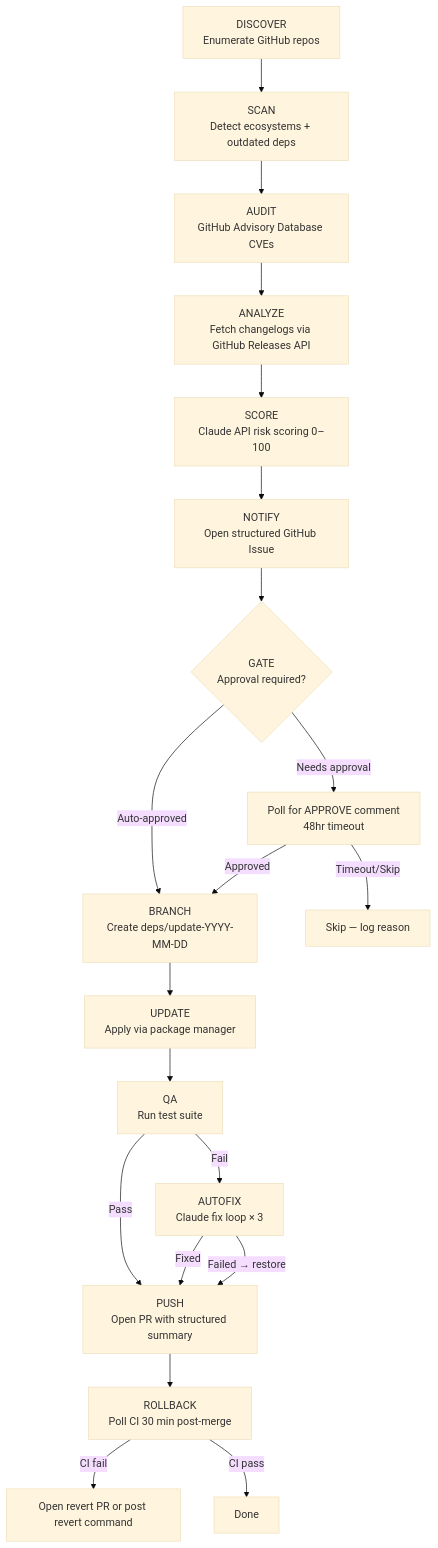
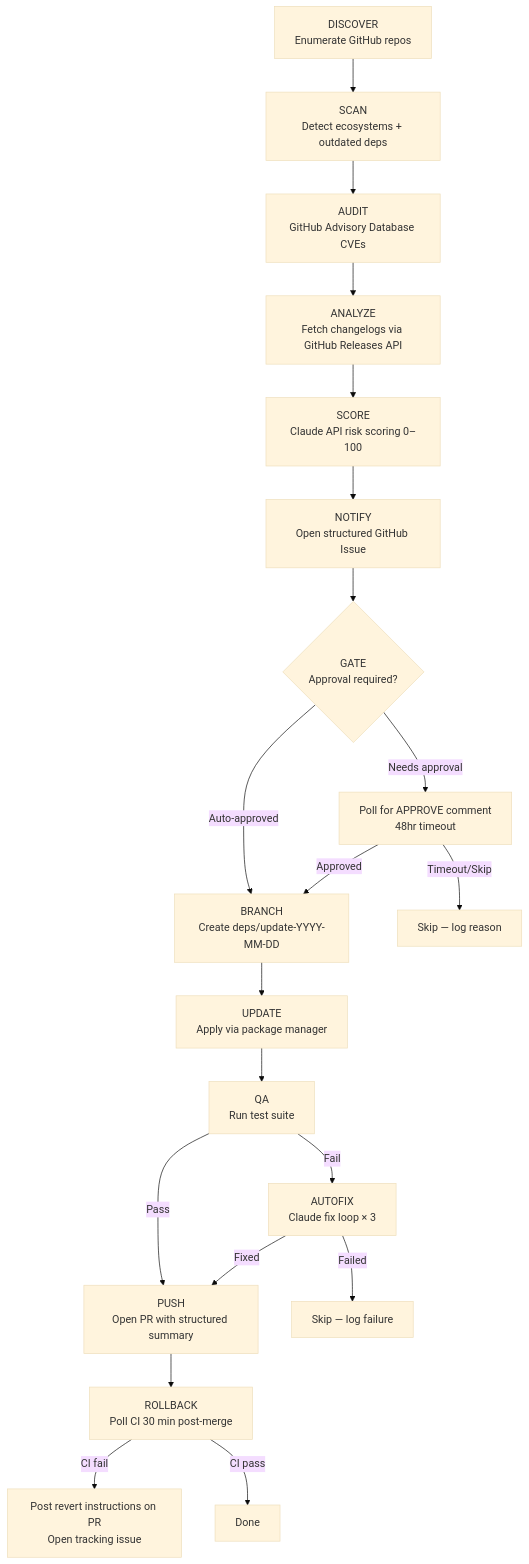
Before and after one commit to tomd0627/project-dependency-workflow: the diagram in README.md, drawn with Mermaid (base theme). The commit also changed other lines of this file and 18 other files, not shown here.

````diff
--- a/README.md
+++ b/README.md
@@ -13,22 +13,22 @@
 ```mermaid
 flowchart TD
     A[DISCOVER\nEnumerate GitHub repos] --> B[SCAN\nDetect ecosystems + outdated deps]
     B --> C[AUDIT\nGitHub Advisory Database CVEs]
     C --> D[ANALYZE\nFetch changelogs via GitHub Releases API]
     D --> E[SCORE\nClaude API risk scoring 0–100]
     E --> F[NOTIFY\nOpen structured GitHub Issue]
     F --> G{GATE\nApproval required?}
     G -- Auto-approved --> H[BRANCH\nCreate deps/update-YYYY-MM-DD]
     G -- Needs approval --> G2[Poll for APPROVE comment\n48hr timeout]
     G2 -- Approved --> H
     G2 -- Timeout/Skip --> Z[Skip — log reason]
     H --> I[UPDATE\nApply via package manager]
     I --> J[QA\nRun test suite]
     J -- Pass --> K[PUSH\nOpen PR with structured summary]
     J -- Fail --> L[AUTOFIX\nClaude fix loop × 3]
     L -- Fixed --> K
-    L -- Failed → restore --> K
+    L -- Failed --> Z2[Skip — log failure]
     K --> M[ROLLBACK\nPoll CI 30 min post-merge]
-    M -- CI fail --> N[Open revert PR or post revert command]
+    M -- CI fail --> N[Post revert instructions on PR\nOpen tracking issue]
     M -- CI pass --> O[Done]
 ```
````
